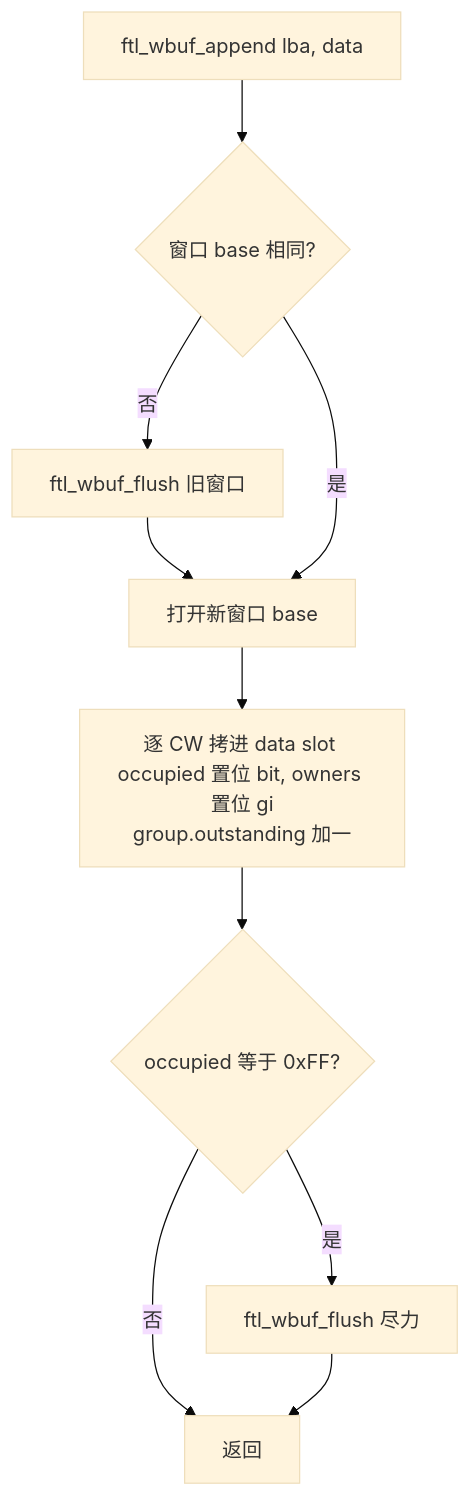
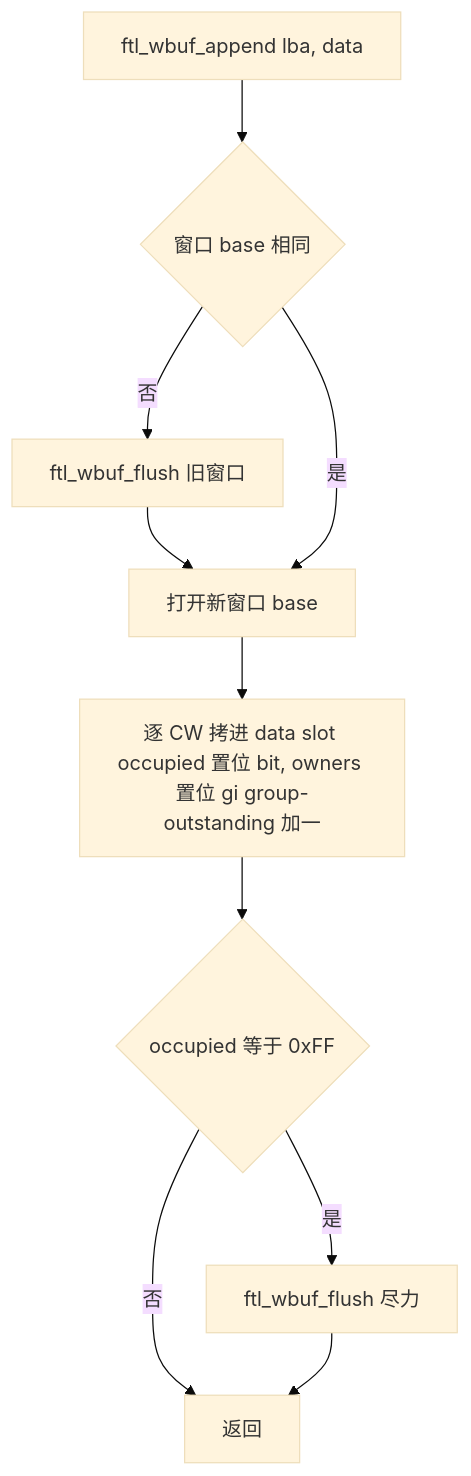
One commit to YzYMIAO/BASESSD changed diagram 15 of 28 in docs/design/ftl_design.md. Above: the diagram before and after it, drawn with Mermaid (base theme). The commit also changed other lines of this file, not shown here.

First line of the commit message:
docs(ftl): 将 stateDiagram 全部改为 flowchart 并收敛标签字符集

````diff
--- a/docs/design/ftl_design.md
+++ b/docs/design/ftl_design.md
@@ -2239,12 +2268,12 @@
 ```mermaid
 flowchart TD
-    A["ftl_wbuf_append lba, data"] --> B{"窗口 base 相同?"}
+    A["ftl_wbuf_append lba, data"] --> B{"窗口 base 相同"}
     B -- "否" --> C["ftl_wbuf_flush 旧窗口"]
     C --> D["打开新窗口 base"]
     B -- "是" --> D
-    D --> E["逐 CW 拷进 data slot <br/>occupied 置位 bit, owners 置位 gi<br/>group.outstanding 加一"]
-    E --> F{"occupied 等于 0xFF?"}
+    D --> E["逐 CW 拷进 data slot occupied 置位 bit, owners 置位 gi group-outstanding 加一"]
+    E --> F{"occupied 等于 0xFF"}
     F -- "是" --> G["ftl_wbuf_flush 尽力"]
     F -- "否" --> H["返回"]
     G --> H
 ```
````
